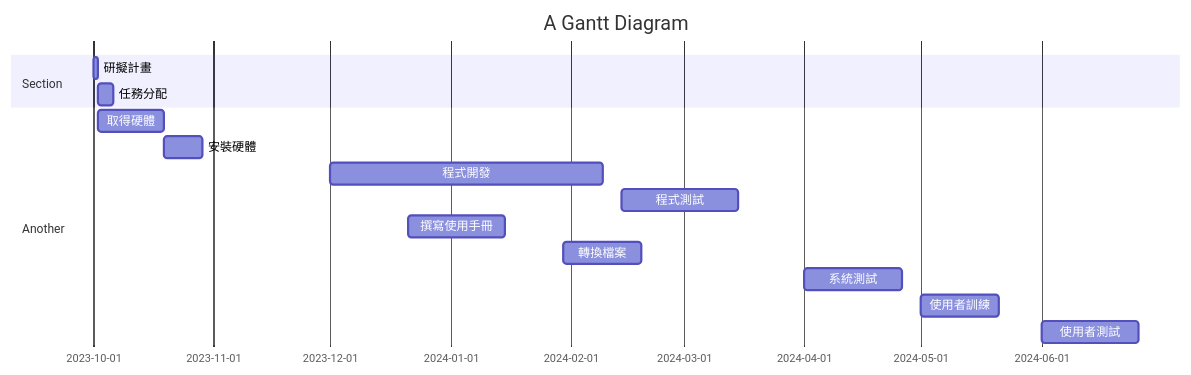
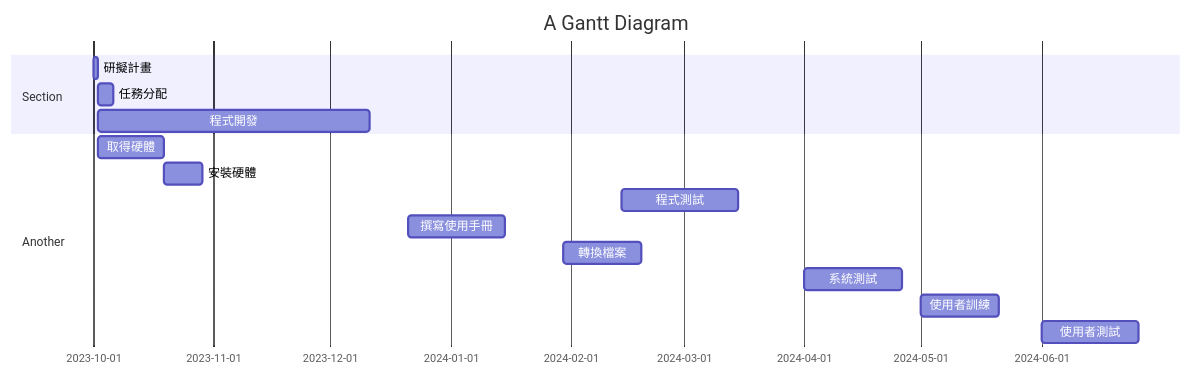
One commit to ayaka116/C110118116 changed the diagram in hw2.md. Above: the diagram before and after it, drawn with Mermaid.

````diff
--- a/hw2.md
+++ b/hw2.md
@@ -4,23 +4,23 @@
 ```mermaid
 gantt
     title A Gantt Diagram
 
     section Section
     研擬計畫           :a1, 2023-10-01, 1d
     任務分配     :after a1  , 4d
-    
+    程式開發      :after a1, 70d
     section Another
     取得硬體      :a2, 2023-10-02  , 17d
     安裝硬體      :after a2, 10d
     section Another
-    程式開發      :a3, 2023-12-01, 70d
-    程式測試    :after a3, 2024-02-14, 30d
+    
+    程式測試    :a3, 2024-02-14, 30d
     section Another
     撰寫使用手冊    :a4, 2023-12-21, 25d
     轉換檔案    :a5, 2024-01-30, 20d
     系統測試    :a6, 2024-04-01, 25d
     section Another
     使用者訓練    :a7, 2024-05-01,20d
     使用者測試    :after a7, 2024-06-01 ,25d
 
 ```
````
